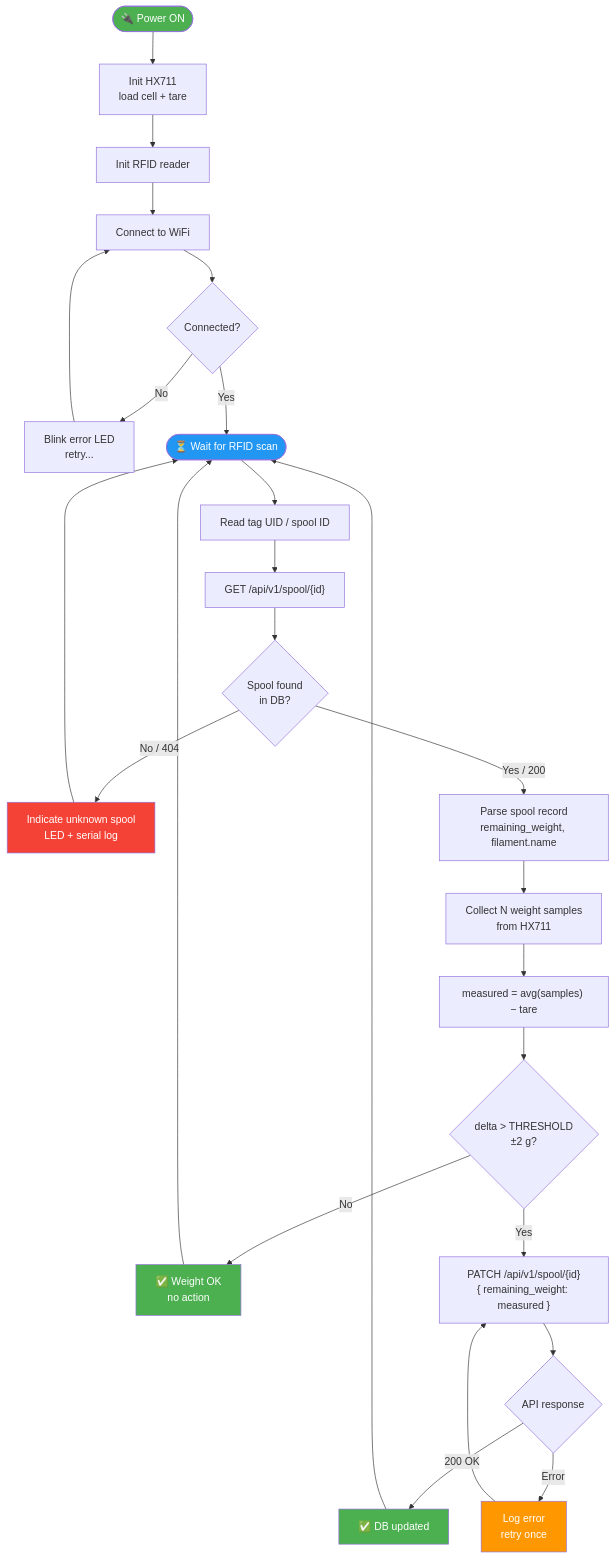
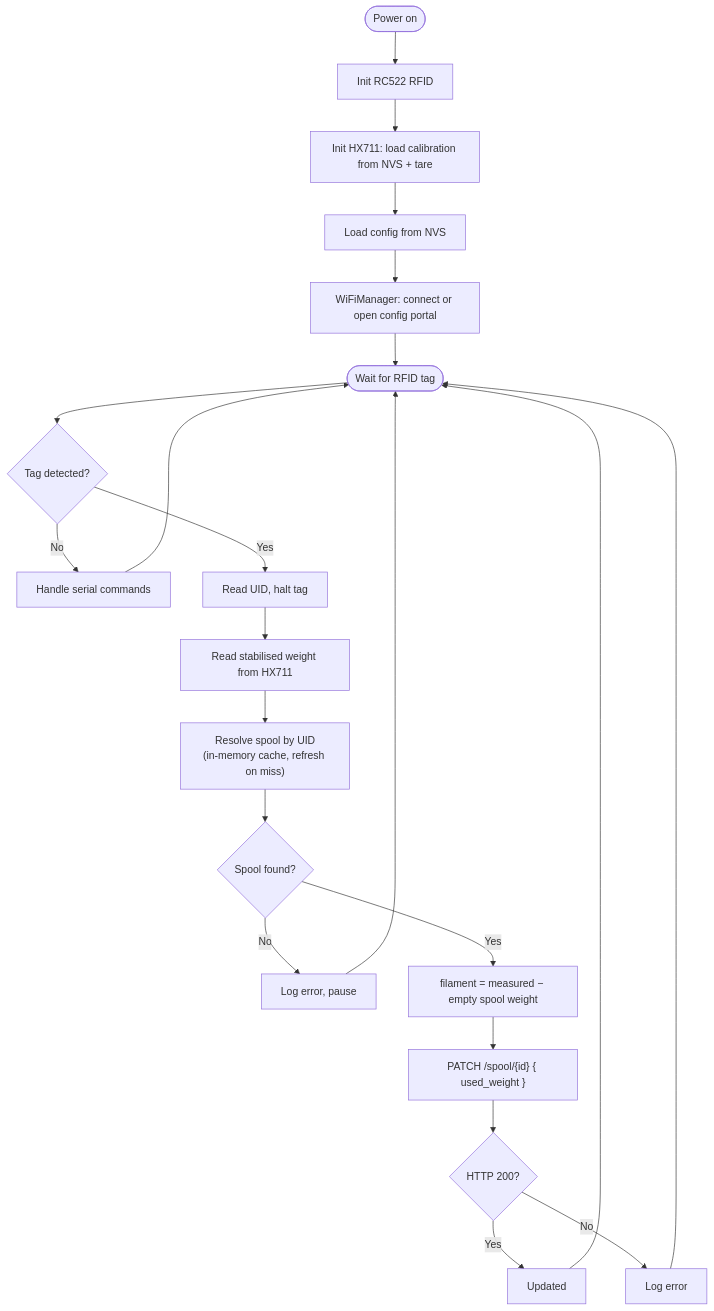
One commit to AGHRapidPro/spoolman-scale changed the diagram in README.md. Above: the diagram before and after it, drawn with Mermaid. The commit also changed other lines of this file, not shown here.

````diff
--- a/README.md
+++ b/README.md
@@ -11,36 +29,20 @@
 ```mermaid
 flowchart TD
-    A([🔌 Power ON]) --> B[Init HX711\nload cell + tare]
-    B --> C[Init RFID reader]
-    C --> D[Connect to WiFi]
-    D --> E{Connected?}
-    E -- No --> F[Blink error LED\nretry...]
-    F --> D
-    E -- Yes --> G
-
-    G([⏳ Wait for RFID scan])
-    G --> H[Read tag UID / spool ID]
-    H --> I["GET /api/v1/spool/{id}"]
-    I --> J{Spool found\nin DB?}
-    J -- No / 404 --> K[Indicate unknown spool\nLED + serial log]
-    K --> G
-    J -- Yes / 200 --> L[Parse spool record\nremaining_weight, filament.name]
-    L --> M[Collect N weight samples\nfrom HX711]
-    M --> N["measured = avg(samples) − tare"]
-    N --> O{"delta > THRESHOLD\n±2 g?"}
-    O -- No --> P[✅ Weight OK\nno action]
-    P --> G
-    O -- Yes --> Q["PATCH /api/v1/spool/{id}\n{ remaining_weight: measured }"]
-    Q --> R{API response}
-    R -- 200 OK --> S[✅ DB updated]
-    S --> G
-    R -- Error --> T[Log error\nretry once]
-    T --> Q
-
-    style A fill:#4CAF50,color:#fff
-    style G fill:#2196F3,color:#fff
-    style K fill:#f44336,color:#fff
-    style P fill:#4CAF50,color:#fff
-    style S fill:#4CAF50,color:#fff
-    style T fill:#FF9800,color:#fff
+    A([Power on]) --> B[Init RC522 RFID]
+    B --> C[Init HX711: load calibration from NVS + tare]
+    C --> D[Load config from NVS]
+    D --> E[WiFiManager: connect or open config portal]
+    E --> R([Wait for RFID tag])
+    R --> P{Tag detected?}
+    P -- No --> S[Handle serial commands] --> R
+    P -- Yes --> U[Read UID, halt tag]
+    U --> W[Read stabilised weight from HX711]
+    W --> F["Resolve spool by UID<br/>(in-memory cache, refresh on miss)"]
+    F --> G{Spool found?}
+    G -- No --> X[Log error, pause] --> R
+    G -- Yes --> H["filament = measured − empty spool weight"]
+    H --> I["PATCH /spool/{id} { used_weight }"]
+    I --> J{HTTP 200?}
+    J -- Yes --> K[Updated] --> R
+    J -- No --> L[Log error] --> R
 ```
````
